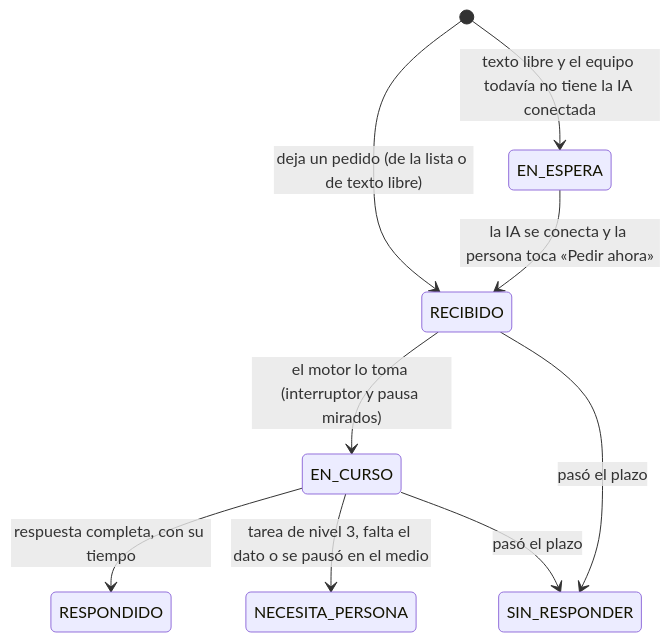
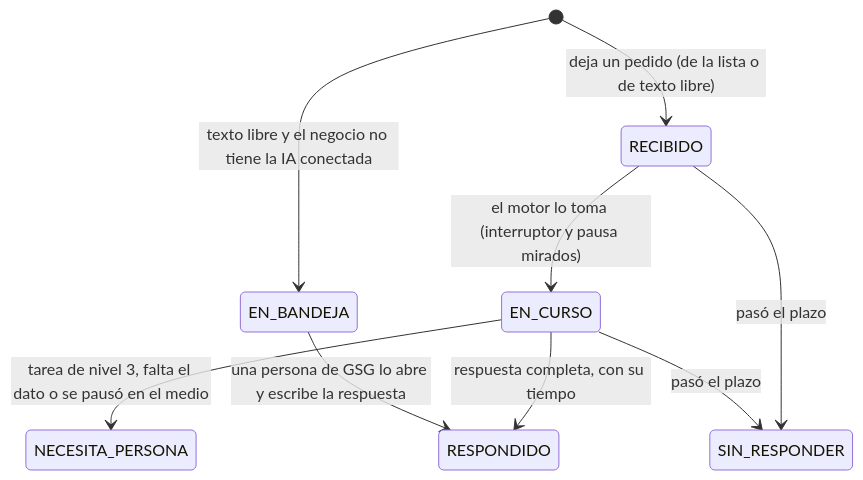
The second of 4 diagrams in docs/tenants/mia-producciones/agentes/01-solucion-y-flujo.md (Gestion-Studio-Grow/ERP), drawn with Mermaid before and after one commit. The commit also changed other lines of this file and 4 other files, not shown here.

````diff
--- a/docs/tenants/mia-producciones/agentes/01-solucion-y-flujo.md
+++ b/docs/tenants/mia-producciones/agentes/01-solucion-y-flujo.md
@@ -143,11 +153,11 @@
 ```mermaid
 stateDiagram-v2
   [*] --> RECIBIDO: deja un pedido (de la lista o de texto libre)
-  [*] --> EN_ESPERA: texto libre y el equipo todavía no tiene la IA conectada
+  [*] --> EN_BANDEJA: texto libre y el negocio no tiene la IA conectada
   RECIBIDO --> EN_CURSO: el motor lo toma (interruptor y pausa mirados)
   EN_CURSO --> RESPONDIDO: respuesta completa, con su tiempo
   EN_CURSO --> NECESITA_PERSONA: tarea de nivel 3, falta el dato o se pausó en el medio
   RECIBIDO --> SIN_RESPONDER: pasó el plazo
   EN_CURSO --> SIN_RESPONDER: pasó el plazo
-  EN_ESPERA --> RECIBIDO: la IA se conecta y la persona toca «Pedir ahora»
+  EN_BANDEJA --> RESPONDIDO: una persona de GSG lo abre y escribe la respuesta
 ```
````
